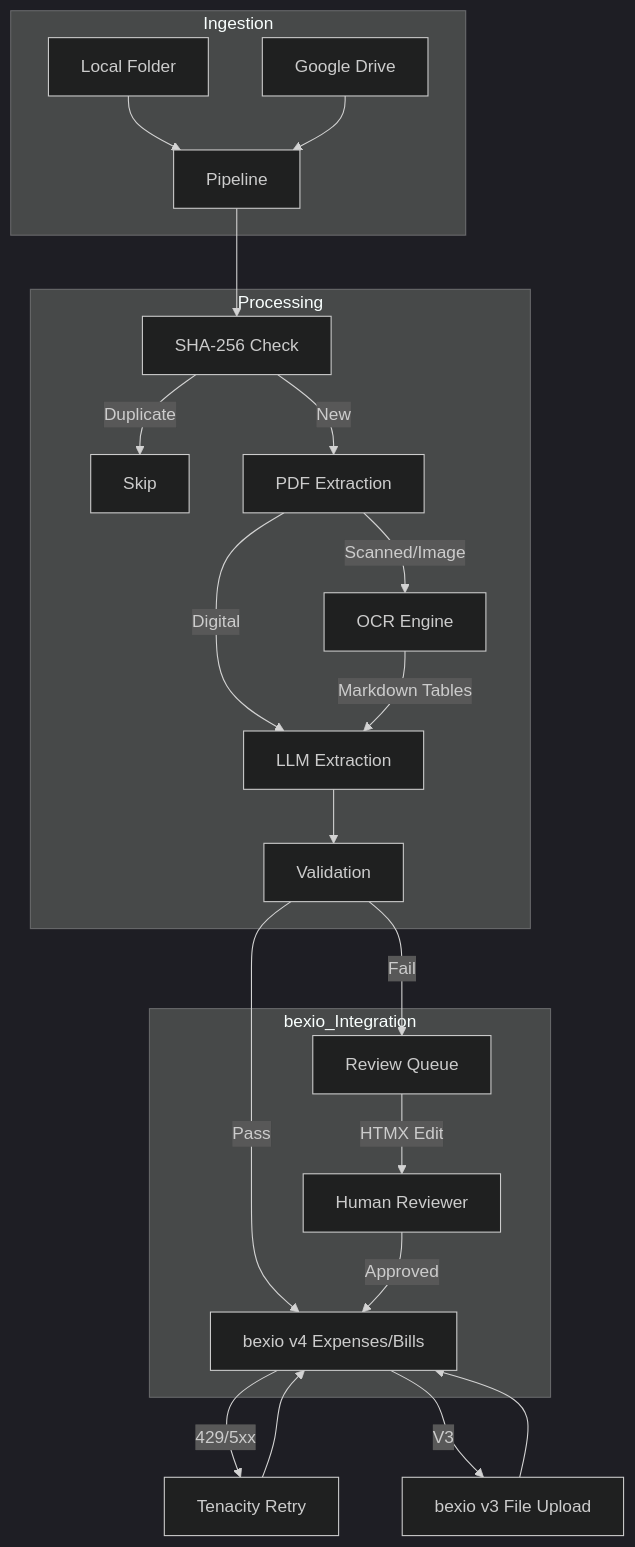
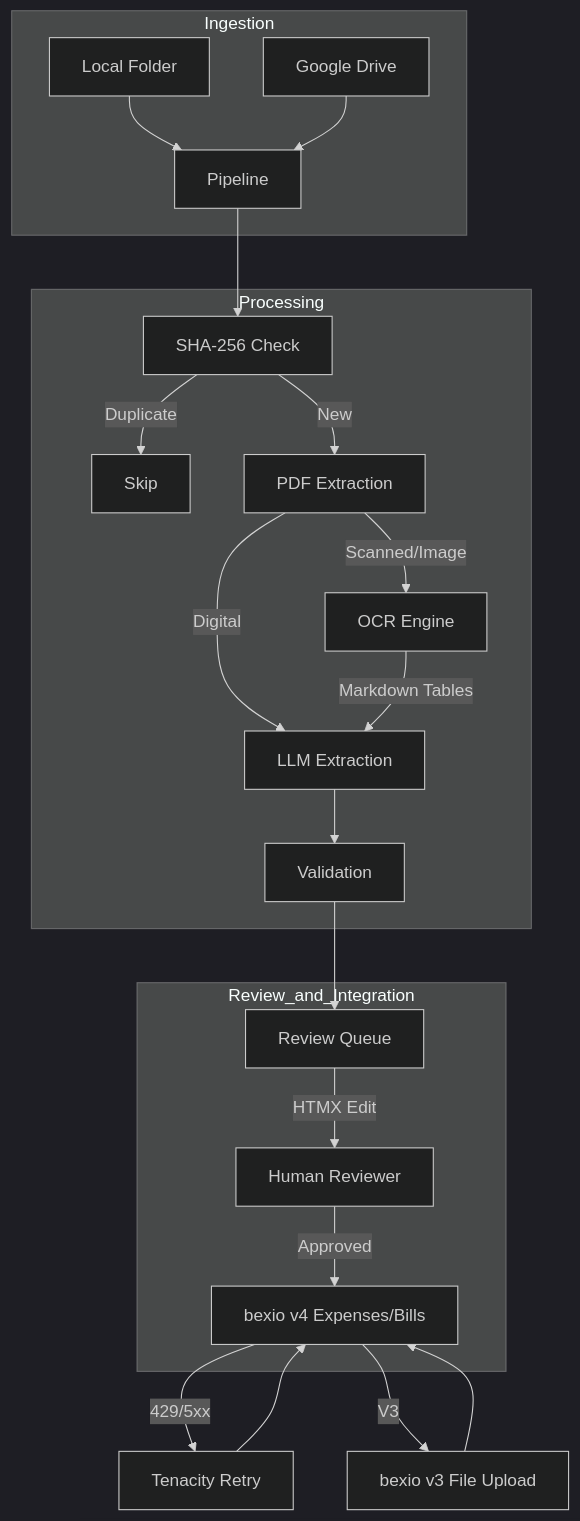
One commit to tazztone/bexio-receipts changed the diagram in docs/ARCHITECTURE.md. Above: the diagram before and after it, drawn with Mermaid (dark theme). The commit also changed other lines of this file and 10 other files, not shown here.

````diff
--- a/docs/ARCHITECTURE.md
+++ b/docs/ARCHITECTURE.md
@@ -8,29 +10,28 @@
 ```mermaid
 graph TD
     subgraph Ingestion
         WatchedDir[Local Folder] --> P[Pipeline]
         GDrive[Google Drive] --> P
     end
 
     subgraph Processing
         P --> DB_Hash[SHA-256 Check]
         DB_Hash -- Duplicate --> Skip[Skip]
         DB_Hash -- New --> PDF_Check[PDF Extraction]
         PDF_Check -- Scanned/Image --> OCR[OCR Engine]
         PDF_Check -- Digital --> LLM[LLM Extraction]
         OCR -- Markdown Tables --> LLM
         LLM --> VAL[Validation]
     end
 
-    subgraph bexio_Integration
-        VAL -- Pass --> BEX_V4[bexio v4 Expenses/Bills]
-        VAL -- Fail --> Review[Review Queue]
+    subgraph Review_and_Integration
+        VAL --> Review[Review Queue]
         Review -- HTMX Edit --> Human[Human Reviewer]
-        Human -- Approved --> BEX_V4
+        Human -- Approved --> BEX_V4[bexio v4 Expenses/Bills]
     end
 
     BEX_V4 -- 429/5xx --> Retry[Tenacity Retry]
     Retry --> BEX_V4
     BEX_V4 -- V3 --> Upload[bexio v3 File Upload]
     Upload --> BEX_V4
 ```
````
